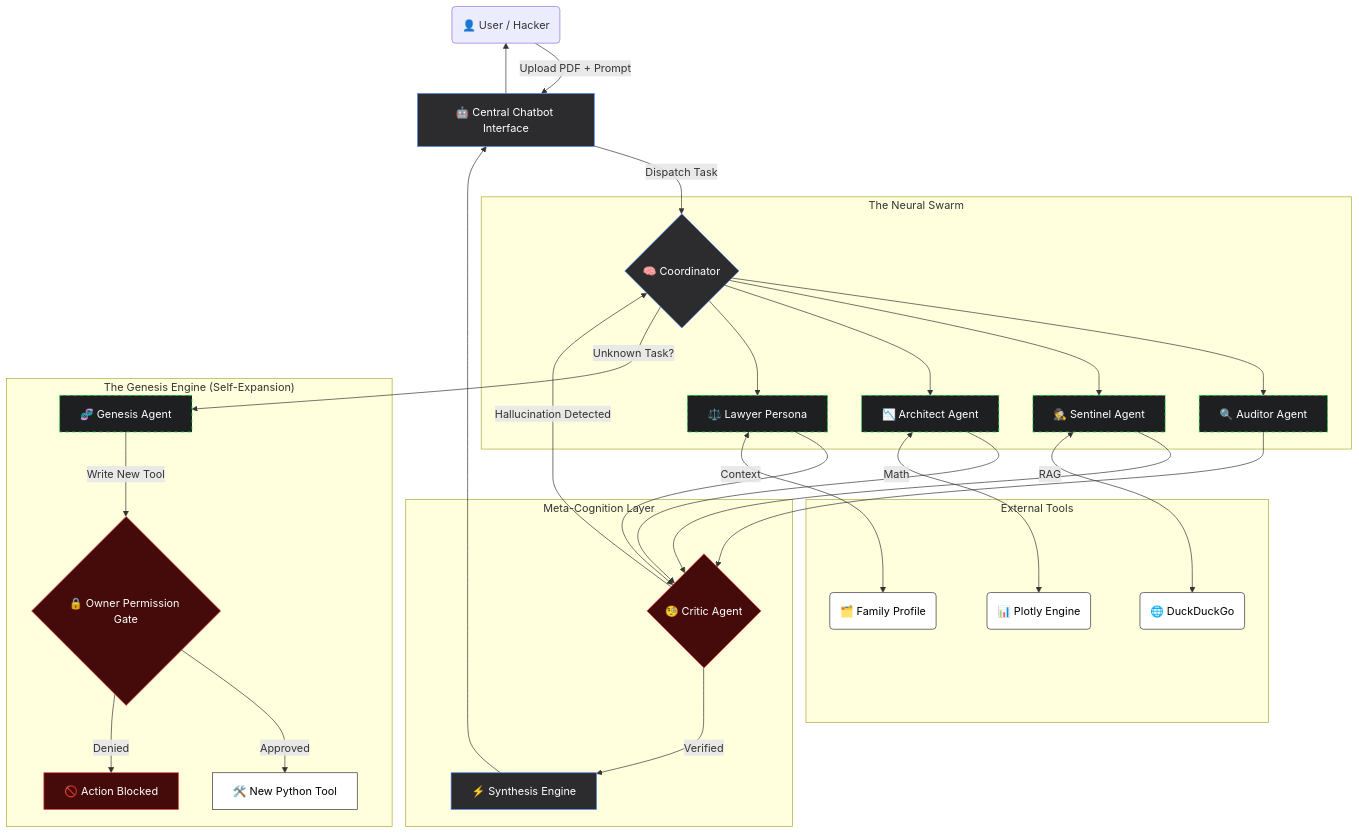
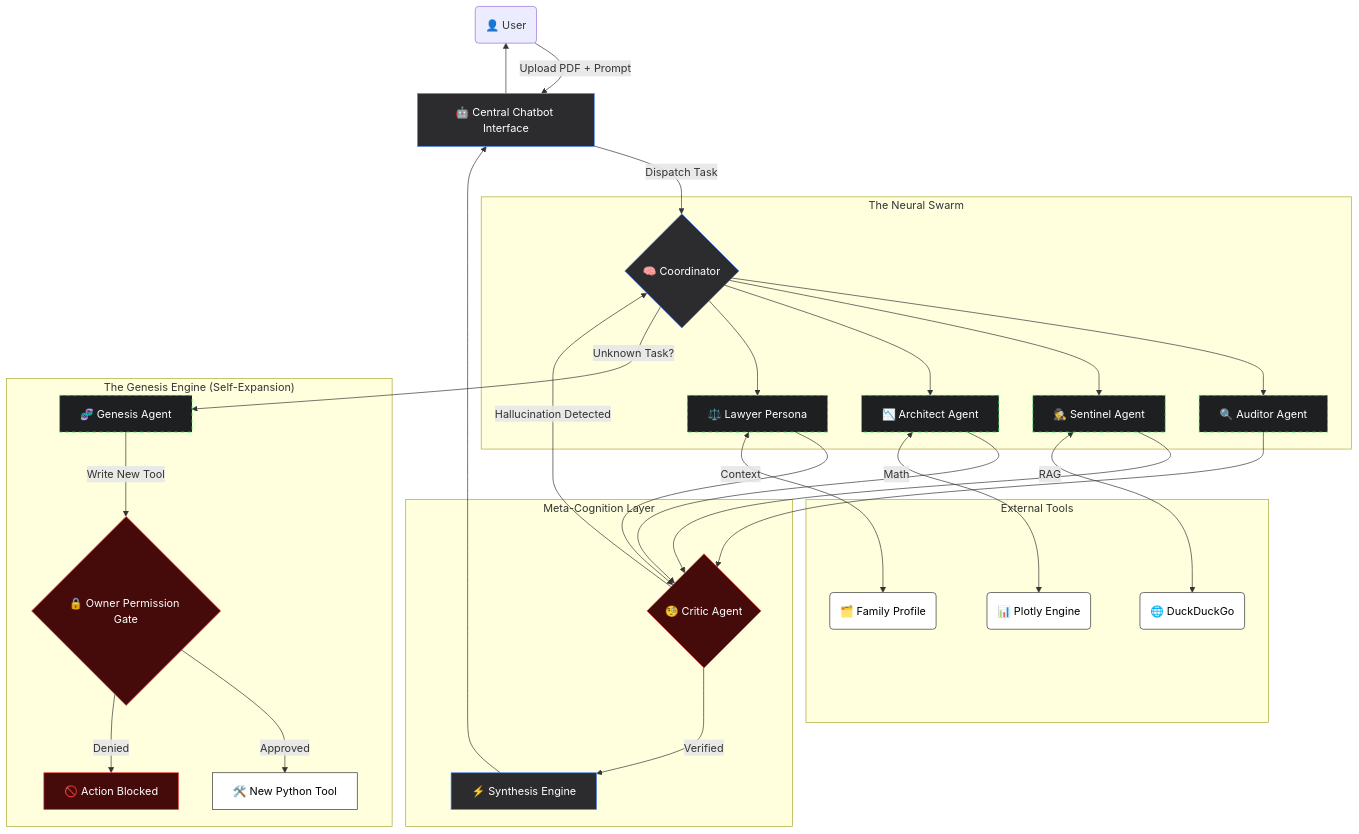
The diagram in Readme.md (deepakdk9669-collab/PolicyPARAKH), drawn with Mermaid before and after one commit.

Commit message:
Readme.md

````diff
--- a/Readme.md
+++ b/Readme.md
@@ -126,41 +126,41 @@
 ```mermaid
 graph TD
     %% Styles
     classDef user fill:#000,stroke:#fff,color:#fff
     classDef bot fill:#2C2C2E,stroke:#4F8BF9,color:#fff
     classDef agent fill:#1E1F20,stroke:#00FF41,color:#fff,stroke-dasharray: 5 5
     classDef critic fill:#450a0a,stroke:#EF4444,color:#fff
     classDef tool fill:#fff,stroke:#333,color:#000
 
-    User(👤 User / Hacker) --> |"Upload PDF + Prompt"| Chat[🤖 Central Chatbot Interface]:::bot
+    User(👤 User ) --> |"Upload PDF + Prompt"| Chat[🤖 Central Chatbot Interface]:::bot
     Chat --> |"Dispatch Task"| Brain{🧠 Coordinator}:::bot
 
     subgraph "The Neural Swarm"
         Brain --> Auditor[🔍 Auditor Agent]:::agent
         Brain --> Sentinel[🕵️ Sentinel Agent]:::agent
         Brain --> Architect[📉 Architect Agent]:::agent
         Brain --> Lawyer[⚖️ Lawyer Persona]:::agent
     end
 
     subgraph "Meta-Cognition Layer"
         Auditor & Sentinel & Architect & Lawyer --> Critic{🧐 Critic Agent}:::critic
         Critic -- "Hallucination Detected" --> Brain
         Critic -- "Verified" --> Response[⚡ Synthesis Engine]:::bot
     end
 
     subgraph "The Genesis Engine (Self-Expansion)"
         Brain -- "Unknown Task?" --> Genesis[🧬 Genesis Agent]:::agent
         Genesis -- "Write New Tool" --> Gate{🔒 Owner Permission Gate}:::critic
         Gate -- "Approved" --> NewTool[🛠️ New Python Tool]:::tool
         Gate -- "Denied" --> Block[🚫 Action Blocked]:::critic
     end
 
     subgraph "External Tools"
         Sentinel <--> |RAG| Web(🌐 DuckDuckGo):::tool
         Architect <--> |Math| Plot(📊 Plotly Engine):::tool
         Lawyer <--> |Context| Mem(🗂️ Family Profile):::tool
     end
 
     Response --> Chat
     Chat --> User
 ```
````
